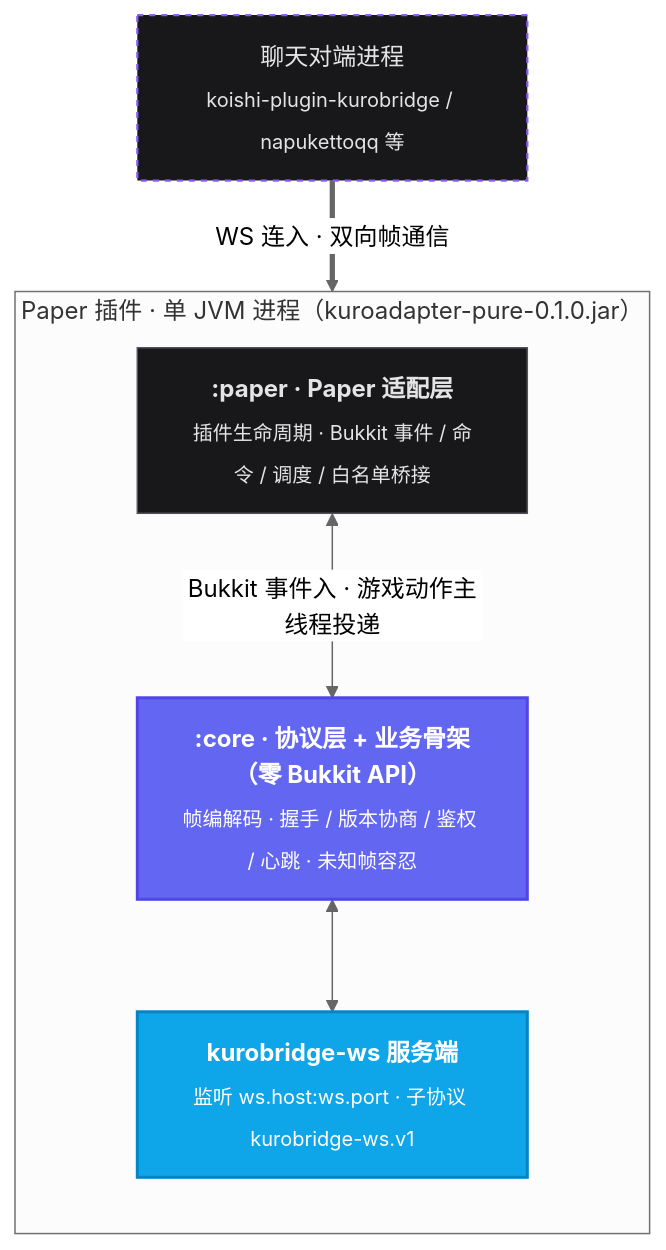
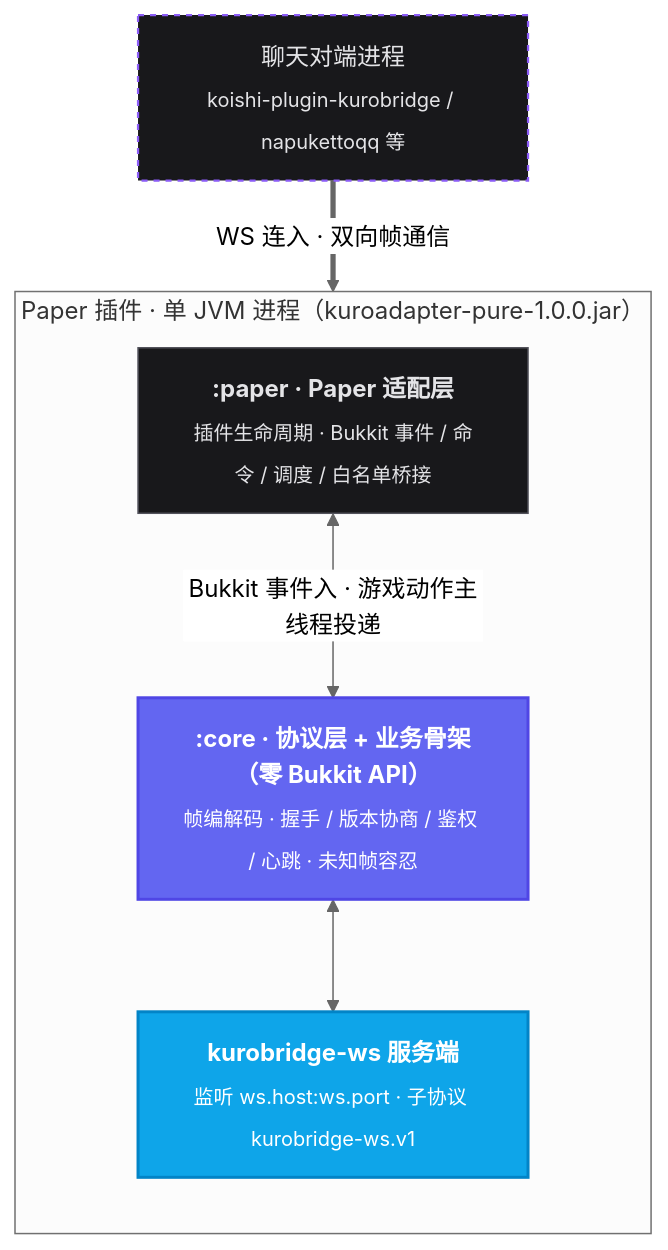
One commit to Kuro-Bridge/KuroAdapter-Pure changed the second of 2 diagrams in README.md. Above: the diagram before and after it, drawn with Mermaid (neutral theme). The commit also changed other lines of this file and 7 other files, not shown here.

````diff
--- a/README.md
+++ b/README.md
@@ -238,19 +238,19 @@
 ```mermaid
 flowchart TB
-    subgraph Plugin ["Paper 插件 · 单 JVM 进程（kuroadapter-pure-0.1.0.jar）"]
+    subgraph Plugin ["Paper 插件 · 单 JVM 进程（kuroadapter-pure-1.0.0.jar）"]
         direction TB
         Paper["<b>:paper · Paper 适配层</b><br/><sub>插件生命周期 · Bukkit 事件 / 命令 / 调度 / 白名单桥接</sub>"]
         Core["<b>:core · 协议层 + 业务骨架（零 Bukkit API）</b><br/><sub>帧编解码 · 握手 / 版本协商 / 鉴权 / 心跳 · 未知帧容忍</sub>"]
         WS["<b>kurobridge-ws 服务端</b><br/><sub>监听 ws.host:ws.port · 子协议 kurobridge-ws.v1</sub>"]
         Core <--> WS
         Paper <-->|"Bukkit 事件入 · 游戏动作主线程投递"| Core
     end
 
     Peer["聊天对端进程<br/><sub>koishi-plugin-kurobridge / napukettoqq 等</sub>"]
     Peer == "WS 连入 · 双向帧通信" ==> WS
 
     style Core fill:#6366F1,stroke:#4F46E5,color:#ffffff,stroke-width:2px
     style WS fill:#0EA5E9,stroke:#0284C7,color:#ffffff,stroke-width:2px
     style Paper fill:#18181B,stroke:#52525B,color:#E4E4E7,stroke-width:1px
     style Peer fill:#18181B,stroke:#8B5CF6,color:#E4E4E7,stroke-width:1.5px,stroke-dasharray: 4 4
 ```
````
